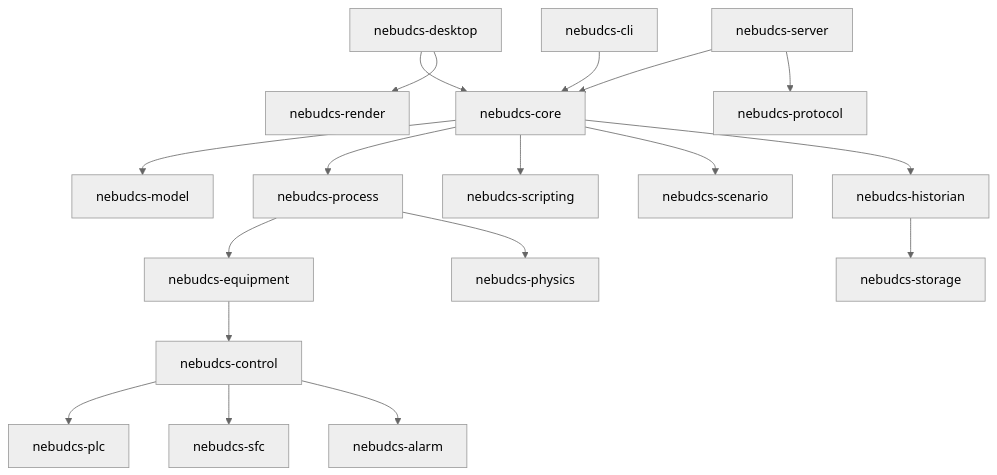
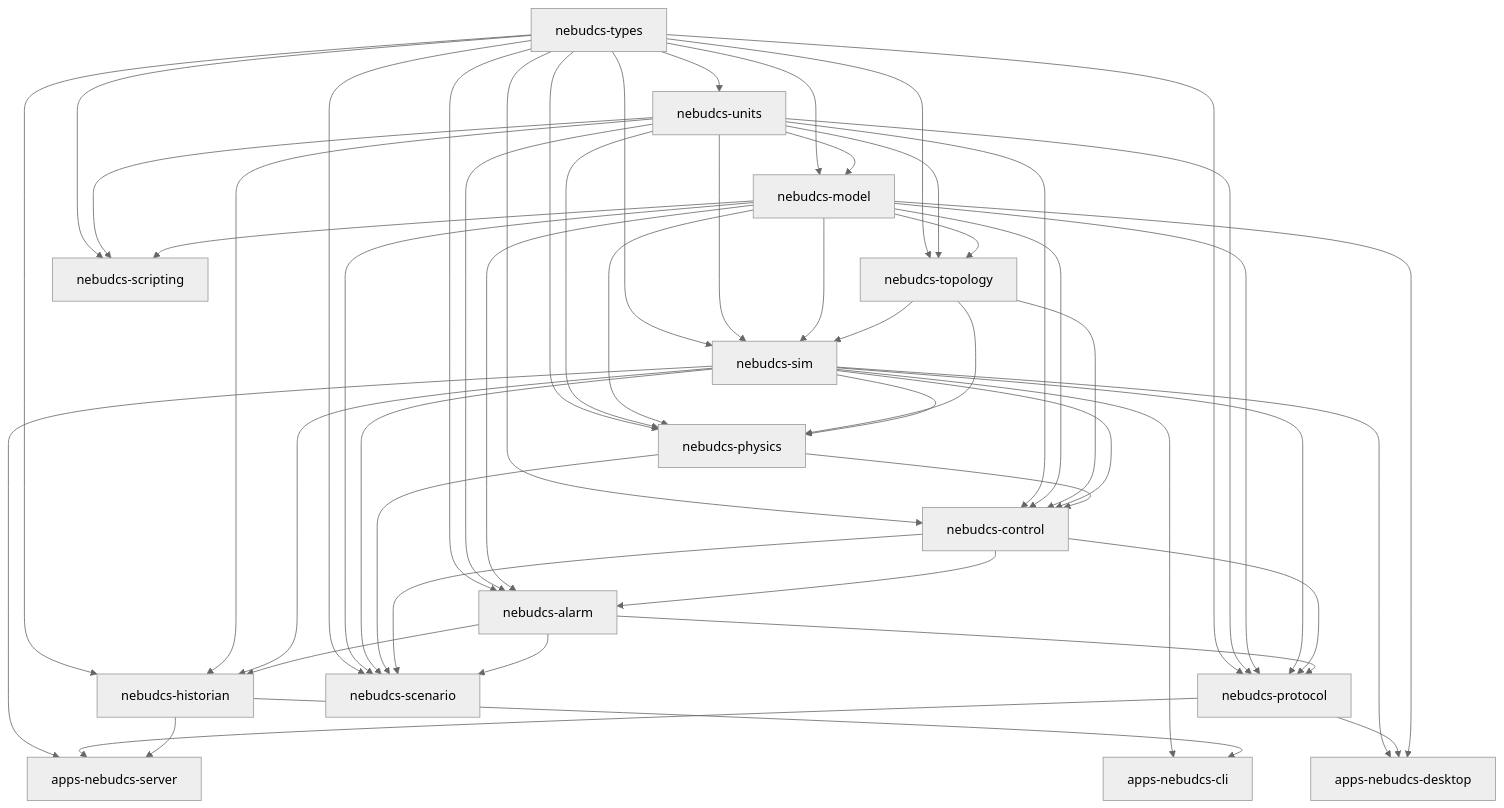
Before and after one commit to kaivyy/nebudcs: the fifth of 7 diagrams in docs/architecture/system-architecture.md, drawn with Mermaid (neutral theme). The commit also changed other lines of this file and 149 other files, not shown here.

````diff
--- a/docs/architecture/system-architecture.md
+++ b/docs/architecture/system-architecture.md
@@ -51,24 +199,67 @@
 ```mermaid
 graph TD
-    nebudcs-desktop --> nebudcs-core
-    nebudcs-desktop --> nebudcs-render
-    nebudcs-server --> nebudcs-core
-    nebudcs-server --> nebudcs-protocol
-    nebudcs-cli --> nebudcs-core
+    nebudcs-types --> nebudcs-units
+    nebudcs-types --> nebudcs-model
+    nebudcs-units --> nebudcs-model
 
-    nebudcs-core --> nebudcs-model
-    nebudcs-core --> nebudcs-process
-    nebudcs-core --> nebudcs-scripting
-    nebudcs-core --> nebudcs-scenario
-    nebudcs-core --> nebudcs-historian
+    nebudcs-types --> nebudcs-topology
+    nebudcs-units --> nebudcs-topology
+    nebudcs-model --> nebudcs-topology
 
-    nebudcs-process --> nebudcs-equipment
-    nebudcs-process --> nebudcs-physics
-    
-    nebudcs-equipment --> nebudcs-control
-    nebudcs-control --> nebudcs-plc
-    nebudcs-control --> nebudcs-sfc
+    nebudcs-types --> nebudcs-sim
+    nebudcs-units --> nebudcs-sim
+    nebudcs-model --> nebudcs-sim
+    nebudcs-topology --> nebudcs-sim
+
+    nebudcs-types --> nebudcs-physics
+    nebudcs-units --> nebudcs-physics
+    nebudcs-model --> nebudcs-physics
+    nebudcs-topology --> nebudcs-physics
+    nebudcs-sim --> nebudcs-physics
+
+    nebudcs-types --> nebudcs-control
+    nebudcs-units --> nebudcs-control
+    nebudcs-model --> nebudcs-control
+    nebudcs-topology --> nebudcs-control
+    nebudcs-sim --> nebudcs-control
+    nebudcs-physics --> nebudcs-control
+
+    nebudcs-types --> nebudcs-alarm
+    nebudcs-units --> nebudcs-alarm
+    nebudcs-model --> nebudcs-alarm
     nebudcs-control --> nebudcs-alarm
-    
-    nebudcs-historian --> nebudcs-storage
+
+    nebudcs-types --> nebudcs-historian
+    nebudcs-units --> nebudcs-historian
+    nebudcs-sim --> nebudcs-historian
+    nebudcs-alarm --> nebudcs-historian
+
+    nebudcs-types --> nebudcs-protocol
+    nebudcs-units --> nebudcs-protocol
+    nebudcs-model --> nebudcs-protocol
+    nebudcs-sim --> nebudcs-protocol
+    nebudcs-control --> nebudcs-protocol
+    nebudcs-alarm --> nebudcs-protocol
+
+    nebudcs-types --> nebudcs-scenario
+    nebudcs-model --> nebudcs-scenario
+    nebudcs-sim --> nebudcs-scenario
+    nebudcs-physics --> nebudcs-scenario
+    nebudcs-control --> nebudcs-scenario
+    nebudcs-alarm --> nebudcs-scenario
+
+    nebudcs-types --> nebudcs-scripting
+    nebudcs-units --> nebudcs-scripting
+    nebudcs-model --> nebudcs-scripting
+
+    nebudcs-sim --> apps-nebudcs-server
+    nebudcs-protocol --> apps-nebudcs-server
+    nebudcs-historian --> apps-nebudcs-server
+
+    nebudcs-sim --> apps-nebudcs-desktop
+    nebudcs-protocol --> apps-nebudcs-desktop
+    nebudcs-model --> apps-nebudcs-desktop
+
+    nebudcs-sim --> apps-nebudcs-cli
+    nebudcs-historian --> apps-nebudcs-cli
 ```
````
